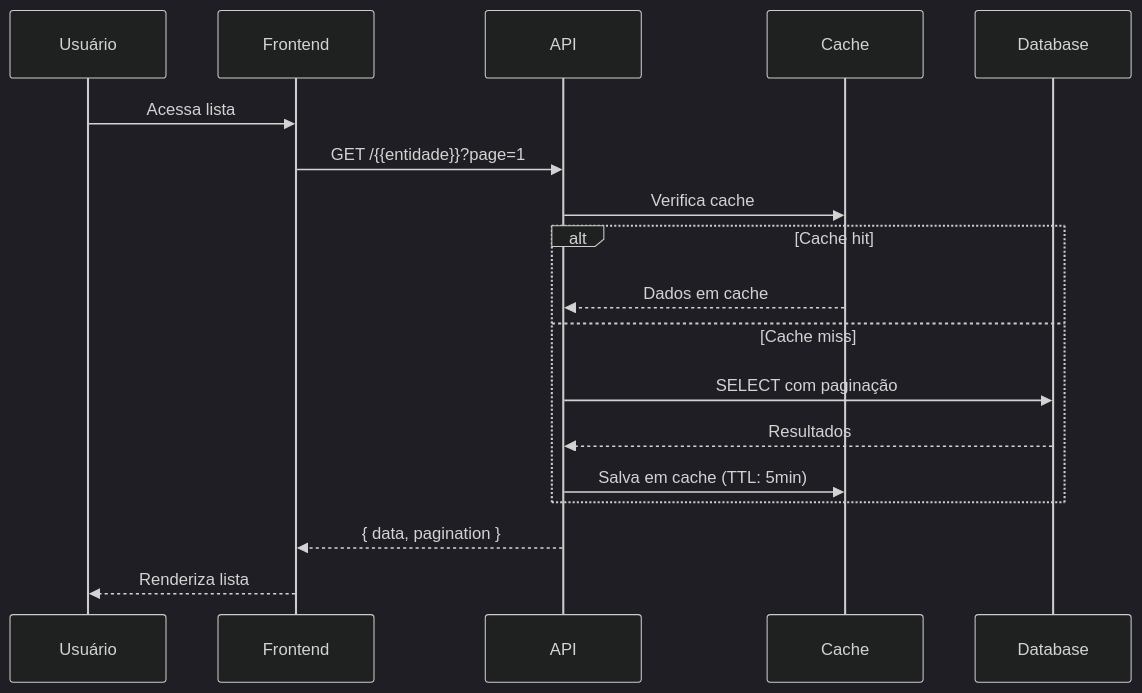
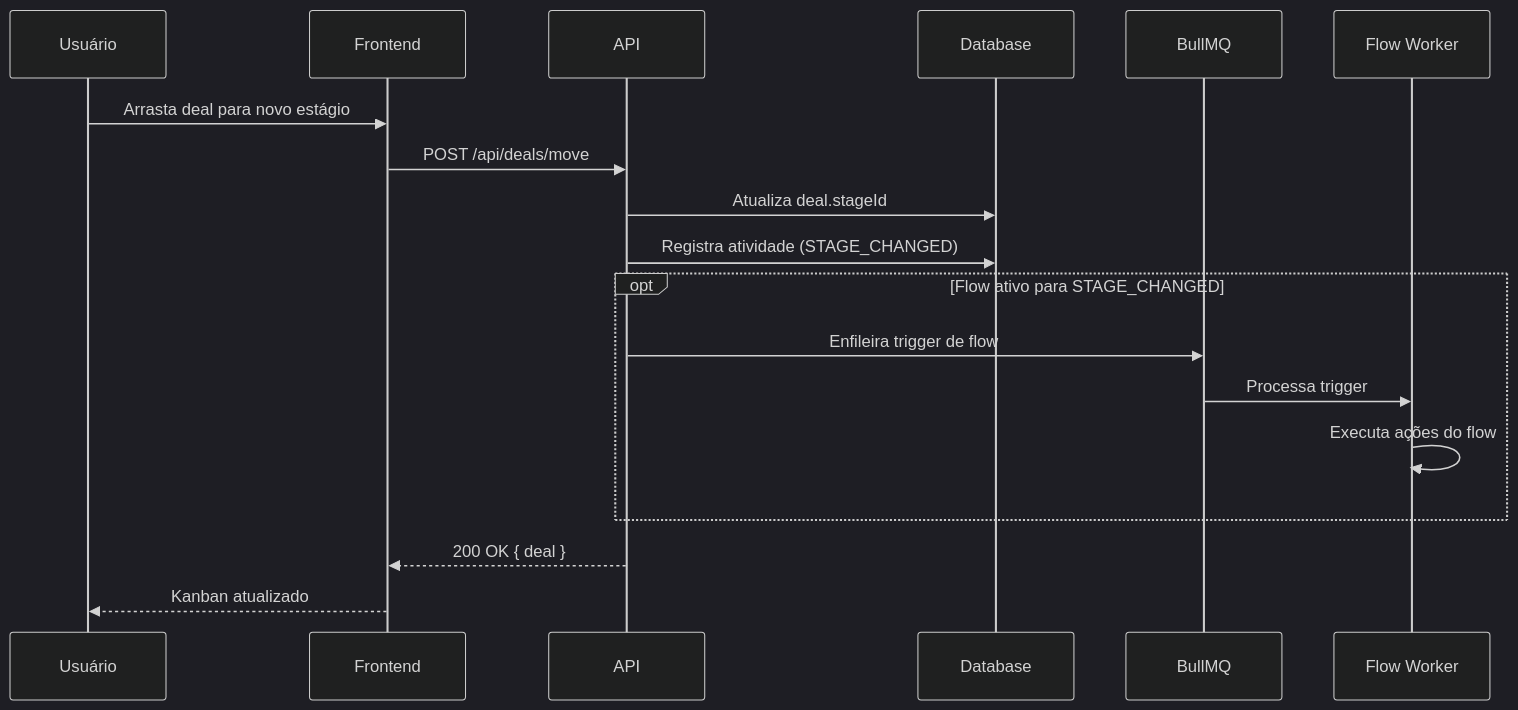
The fifth of 10 diagrams in docs/spec/05-diagramas-sequencia.md (sebavieira/template-cli-seba), drawn with Mermaid (dark theme) before and after one commit. The commit also changed other lines of this file and 75 other files, not shown here.

````diff
--- a/docs/spec/05-diagramas-sequencia.md
+++ b/docs/spec/05-diagramas-sequencia.md
@@ -61,23 +122,23 @@
 ```mermaid
 sequenceDiagram
     participant U as Usuário
     participant F as Frontend
     participant A as API
-    participant C as Cache
     participant D as Database
+    participant Q as BullMQ
+    participant FL as Flow Worker
 
-    U->>F: Acessa lista
-    F->>A: GET /{{entidade}}?page=1
+    U->>F: Arrasta deal para novo estágio
+    F->>A: POST /api/deals/move
+    A->>D: Atualiza deal.stageId
+    A->>D: Registra atividade (STAGE_CHANGED)
 
-    A->>C: Verifica cache
-    alt Cache hit
-        C-->>A: Dados em cache
-    else Cache miss
-        A->>D: SELECT com paginação
-        D-->>A: Resultados
-        A->>C: Salva em cache (TTL: 5min)
+    opt Flow ativo para STAGE_CHANGED
+        A->>Q: Enfileira trigger de flow
+        Q->>FL: Processa trigger
+        FL->>FL: Executa ações do flow
     end
 
-    A-->>F: { data, pagination }
-    F-->>U: Renderiza lista
+    A-->>F: 200 OK { deal }
+    F-->>U: Kanban atualizado
 ```
````
